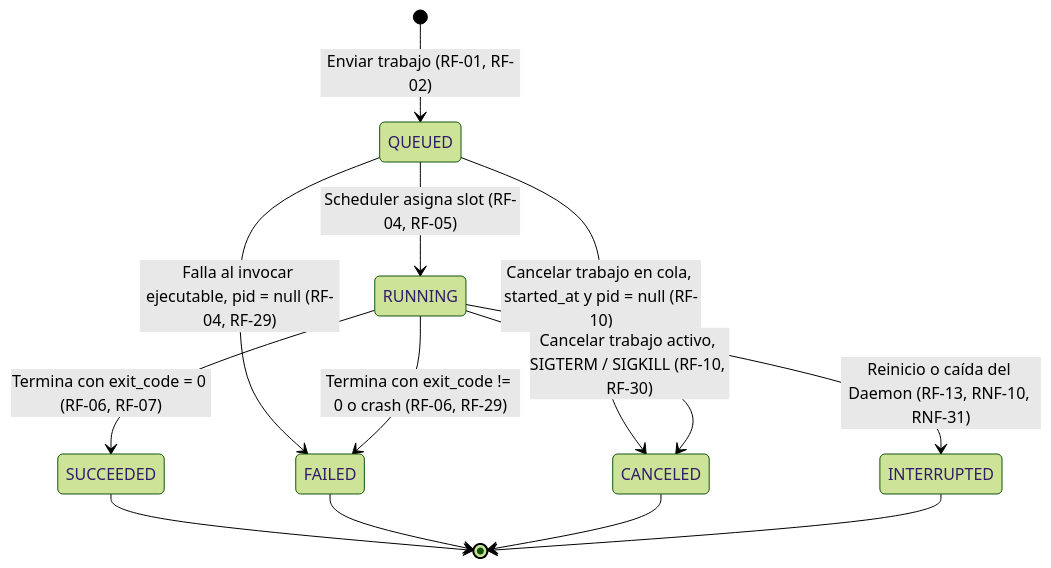
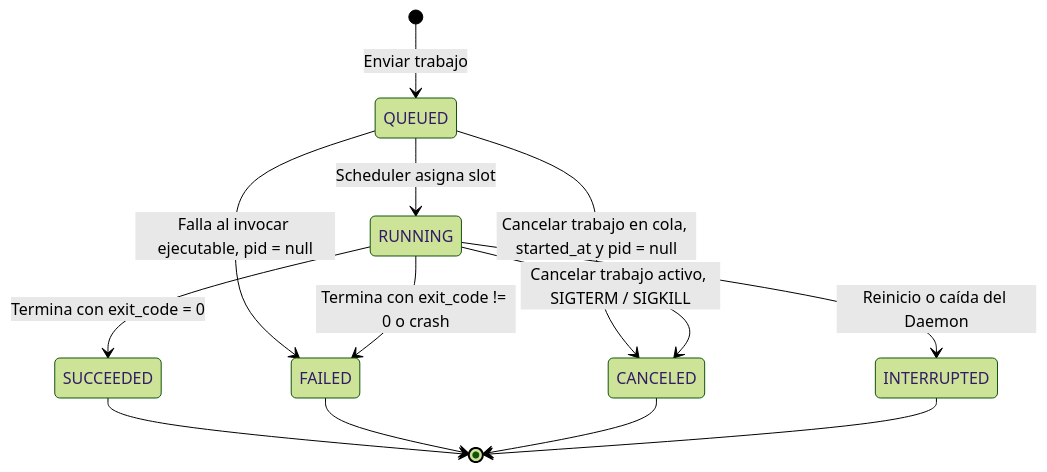
One commit to AdminAlvarez/BeanRunner changed the diagram in docs/technical-guide/state-model.md. Above: the diagram before and after it, drawn with Mermaid (forest theme).

Commit message:
Cambios en el diagrama para mayor claridad

````diff
--- a/docs/technical-guide/state-model.md
+++ b/docs/technical-guide/state-model.md
@@ -22,18 +22,18 @@
 ```mermaid
 stateDiagram-v2
-    [*] --> QUEUED : Enviar trabajo (RF-01, RF-02)
+    [*] --> QUEUED : Enviar trabajo
 
-    QUEUED --> RUNNING : Scheduler asigna slot (RF-04, RF-05)
-    QUEUED --> FAILED : Falla al invocar ejecutable, pid = null (RF-04, RF-29)
-    QUEUED --> CANCELED : Cancelar trabajo en cola, started_at y pid = null (RF-10)
+    QUEUED --> RUNNING : Scheduler asigna slot 
+    QUEUED --> FAILED : Falla al invocar ejecutable, pid = null 
+    QUEUED --> CANCELED : Cancelar trabajo en cola, started_at y pid = null 
 
-    RUNNING --> SUCCEEDED : Termina con exit_code = 0 (RF-06, RF-07)
-    RUNNING --> FAILED : Termina con exit_code != 0 o crash (RF-06, RF-29)
-    RUNNING --> CANCELED : Cancelar trabajo activo, SIGTERM / SIGKILL (RF-10, RF-30)
-    RUNNING --> INTERRUPTED : Reinicio o caída del Daemon (RF-13, RNF-10, RNF-31)
+    RUNNING --> SUCCEEDED : Termina con exit_code = 0 
+    RUNNING --> FAILED : Termina con exit_code != 0 o crash 
+    RUNNING --> CANCELED : Cancelar trabajo activo, SIGTERM / SIGKILL 
+    RUNNING --> INTERRUPTED : Reinicio o caída del Daemon 
 
     SUCCEEDED --> [*]
     FAILED --> [*]
     CANCELED --> [*]
     INTERRUPTED --> [*]
 ```
````
